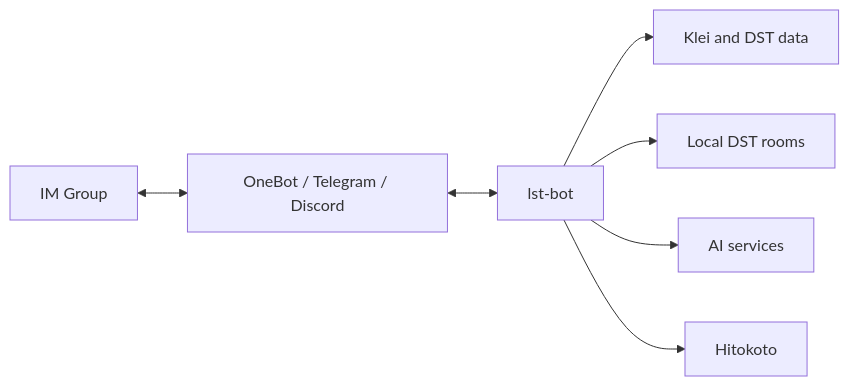
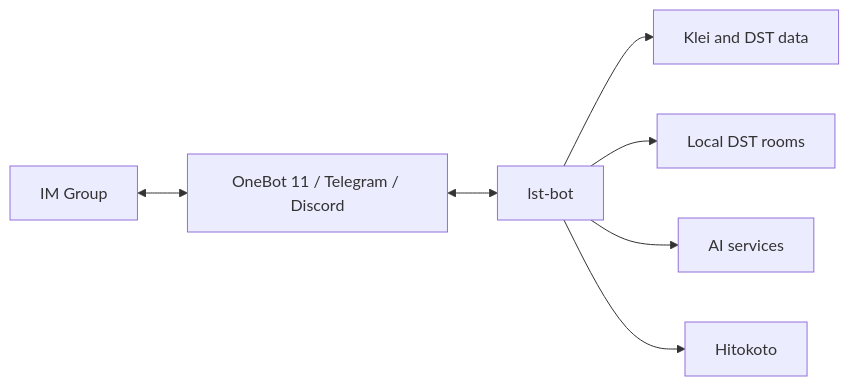
One commit to LetsStarveTogether/lst-bot changed the diagram in README.md. Above: the diagram before and after it, drawn with Mermaid. The commit also changed other lines of this file and 8 other files, not shown here.

````diff
--- a/README.md
+++ b/README.md
@@ -23,9 +23,9 @@
 ```mermaid
 flowchart LR
-    Chat[IM Group] <--> Gateway[OneBot / Telegram / Discord]
+    Chat[IM Group] <--> Gateway[OneBot 11 / Telegram / Discord]
     Gateway <--> Bot[lst-bot]
     Bot --> Game[Klei and DST data]
     Bot --> Rooms[Local DST rooms]
     Bot --> AI[AI services]
     Bot --> Hitokoto[Hitokoto]
 ```
````
